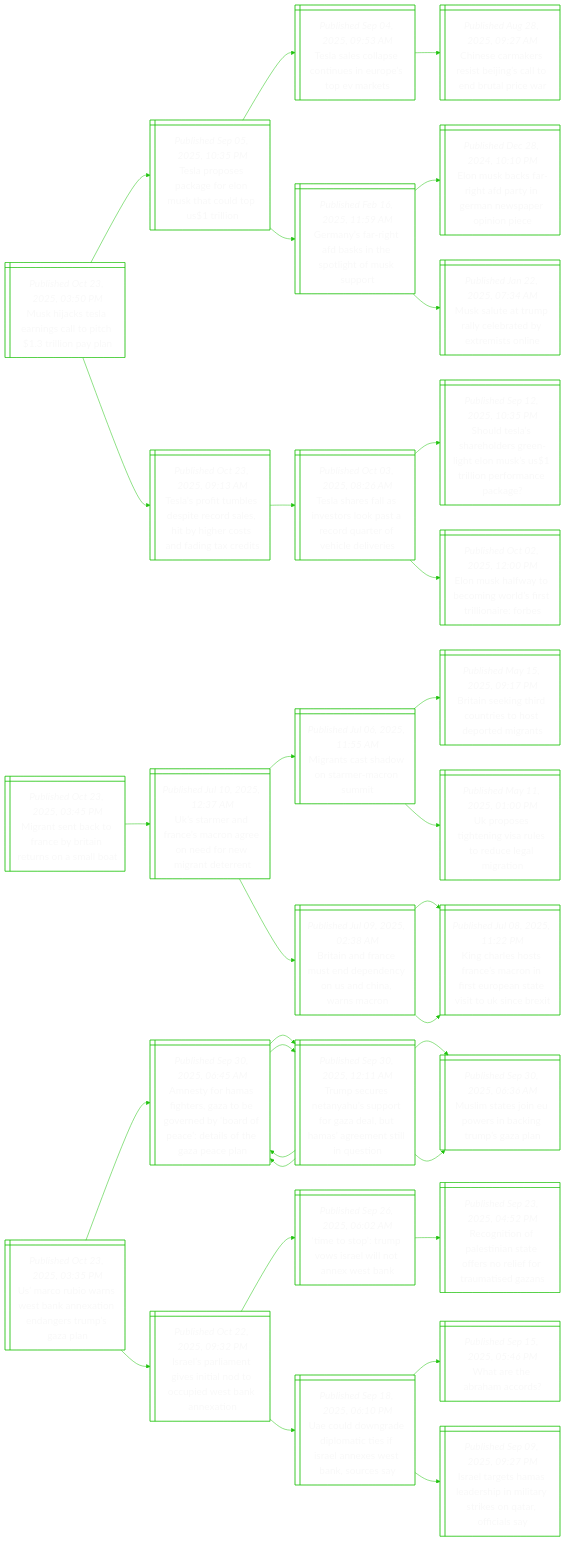
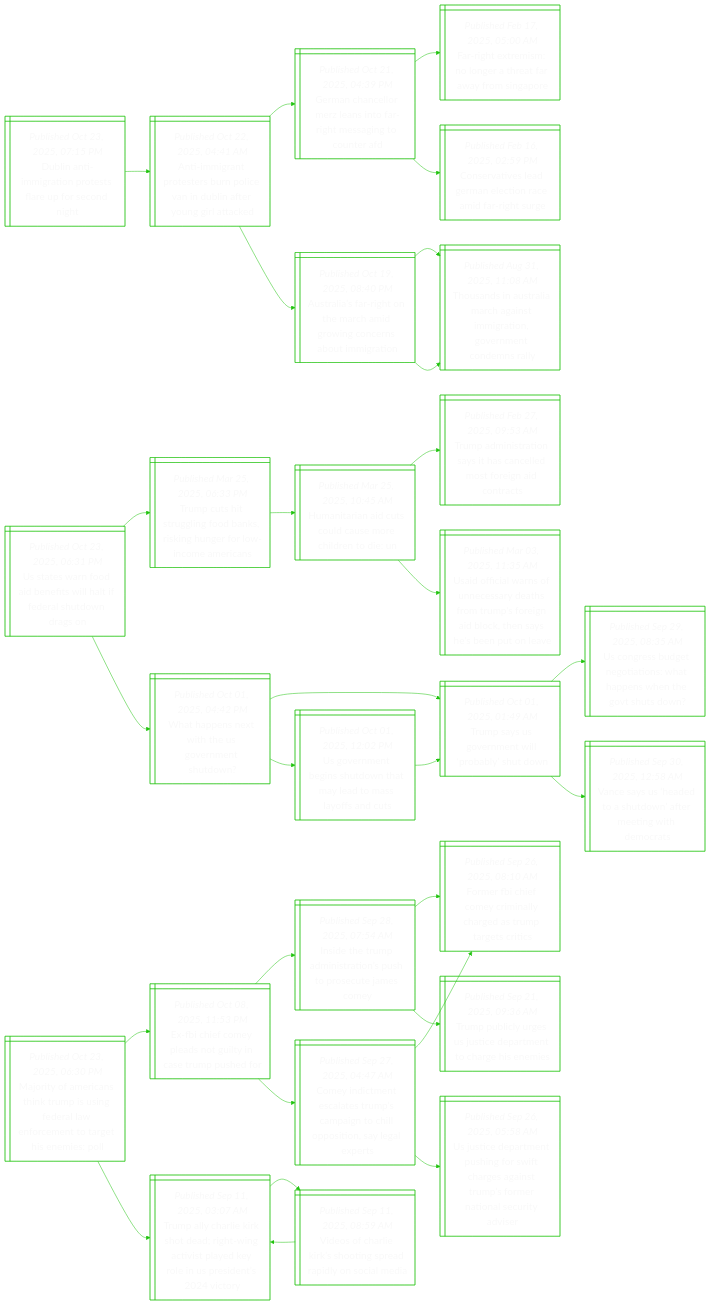
One commit to notJmes/notJmes changed the diagram in README.md. Above: the diagram before and after it, drawn with Mermaid. The commit also changed other lines of this file, not shown here.

````diff
--- a/README.md
+++ b/README.md
@@ -16,106 +16,97 @@
 flowchart LR
 classDef txtsize font-size:20px;
 
-Misaiaptiy@{ shape: win-pane, label: "_Published Oct 23, 2025, 03:50 PM_
-Musk hijacks tesla earnings call to pitch $1.3 trillion pay plan" }
-Tpscfokctti@{ shape: win-pane, label: "_Published Sep 05, 2025, 10:35 PM_
-Tesla proposes package for elon musk that could top us$1 trillion" }
-TscpneusVe@{ shape: win-pane, label: "_Published Sep 04, 2025, 09:53 AM_
-Tesla sales collapse continues in europe’s top ev markets" }
-Csmssjcorpw@{ shape: win-pane, label: "_Published Aug 28, 2025, 09:27 AM_
-Chinese carmakers resist beijing’s call to end brutal price war" }
-GnrtanpgMut@{ shape: win-pane, label: "_Published Feb 16, 2025, 11:59 AM_
-Germany’s far-right afd basks in the spotlight of musk support" }
-Eucrtanasrie@{ shape: win-pane, label: "_Published Dec 28, 2024, 10:10 PM_
-Elon musk backs far-right afd party in german newspaper opinion piece" }
-Maamleexin@{ shape: win-pane, label: "_Published Jan 22, 2025, 07:34 AM_
-Musk salute at trump rally celebrated by extremists online" }
-Tsibeerebhsdnct@{ shape: win-pane, label: "_Published Oct 23, 2025, 09:13 AM_
-Tesla’s profit tumbles despite record sales, hit by higher costs and fading tax credits" }
-Tssaesprdtvlie@{ shape: win-pane, label: "_Published Oct 03, 2025, 08:26 AM_
-Tesla shares fall as investors look past a record quarter of vehicle deliveries" }
-Sdardrilstiraae@{ shape: win-pane, label: "_Published Sep 12, 2025, 10:35 PM_
-Should tesla’s shareholders green-light elon musk’s us$1 trillion performance package?" }
-Eultowstlir@{ shape: win-pane, label: "_Published Oct 02, 2025, 12:00 PM_
-Elon musk halfway to becoming world’s first trillionaire: forbes" }
+Dnirnelpen@{ shape: win-pane, label: "_Published Oct 23, 2025, 07:15 PM_
+Dublin anti-immigration protests flare up for second night" }
+Amaoerinbfoitd@{ shape: win-pane, label: "_Published Oct 22, 2025, 04:41 AM_
+Anti-immigrant protesters burn police van in dublin after young girl attacked" }
+GncrliahsguA@{ shape: win-pane, label: "_Published Oct 21, 2025, 04:39 PM_
+German chancellor merz leans into far-right messaging to counter afd" }
+Fgtsoaaarnr@{ shape: win-pane, label: "_Published Feb 17, 2025, 05:00 AM_
+Far-right extremism: no longer a threat far away from singapore" }
+Crvamenaahg@{ shape: win-pane, label: "_Published Feb 16, 2025, 02:59 PM_
+Conservatives lead german election race amid far-right surge" }
+Aafgtriwonuii@{ shape: win-pane, label: "_Published Oct 19, 2025, 08:40 PM_
+Australia’s far-right on the march amid growing concerns about immigration" }
+Tanrmasiivensy@{ shape: win-pane, label: "_Published Aug 31, 2025, 11:08 AM_
+Thousands in australia march against immigration, government condemns rally" }
+Tanrmasiivensy@{ shape: win-pane, label: "_Published Aug 31, 2025, 11:08 AM_
+Thousands in australia march against immigration, government condemns rally" }
 
-Misaiaptiy:::txtsize --> Tpscfokctti:::txtsize
-Tpscfokctti:::txtsize --> TscpneusVe:::txtsize
-TscpneusVe:::txtsize --> Csmssjcorpw:::txtsize
-Tpscfokctti:::txtsize --> GnrtanpgMut:::txtsize
-GnrtanpgMut:::txtsize --> Eucrtanasrie:::txtsize
-GnrtanpgMut:::txtsize --> Maamleexin:::txtsize
-Misaiaptiy:::txtsize --> Tsibeerebhsdnct:::txtsize
-Tsibeerebhsdnct:::txtsize --> Tssaesprdtvlie:::txtsize
-Tssaesprdtvlie:::txtsize --> Sdardrilstiraae:::txtsize
-Tssaesprdtvlie:::txtsize --> Eultowstlir:::txtsize
+Dnirnelpen:::txtsize --> Amaoerinbfoitd:::txtsize
+Amaoerinbfoitd:::txtsize --> GncrliahsguA:::txtsize
+GncrliahsguA:::txtsize --> Fgtsoaaarnr:::txtsize
+GncrliahsguA:::txtsize --> Crvamenaahg:::txtsize
+Amaoerinbfoitd:::txtsize --> Aafgtriwonuii:::txtsize
+Aafgtriwonuii:::txtsize --> Tanrmasiivensy:::txtsize
+Aafgtriwonuii:::txtsize --> Tanrmasiivensy:::txtsize
 
-MnttnBiunlt@{ shape: win-pane, label: "_Published Oct 23, 2025, 03:45 PM_
-Migrant sent back to france by britain returns on a small boat" }
-UaaaMneengdr@{ shape: win-pane, label: "_Published Jul 10, 2025, 12:37 AM_
-Uk’s starmer and france’s macron agree on need for new migrant deterrent" }
-MnsdSerm@{ shape: win-pane, label: "_Published Jul 06, 2025, 11:55 AM_
-Migrants cast shadow on starmer-macron summit" }
-Bikhoiheer@{ shape: win-pane, label: "_Published May 15, 2025, 09:17 PM_
-Britain seeking third countries to host deported migrants" }
-Uptevuocarn@{ shape: win-pane, label: "_Published May 11, 2025, 01:00 PM_
-Uk proposes tightening visa rules to reduce legal migration" }
-BiFeepnUCwMn@{ shape: win-pane, label: "_Published Jul 09, 2025, 02:38 AM_
-Britain and france must end dependency on us and china, warns macron" }
-Khssccntptione@{ shape: win-pane, label: "_Published Jul 08, 2025, 11:22 PM_
-King charles hosts france’s macron in first european state visit to uk since brexit" }
-Khssccntptione@{ shape: win-pane, label: "_Published Jul 08, 2025, 11:22 PM_
-King charles hosts france’s macron in first european state visit to uk since brexit" }
+Utrdetliehwg@{ shape: win-pane, label: "_Published Oct 23, 2025, 06:31 PM_
+Us states warn food aid benefits will halt if federal shutdown drags on" }
+Tciundsinoiei@{ shape: win-pane, label: "_Published Mar 25, 2025, 06:33 PM_
+Trump cuts hit struggling food banks, risking hunger for low-income americans" }
+Hiacoaoine@{ shape: win-pane, label: "_Published Mar 25, 2025, 10:45 AM_
+Humanitarian aid cuts could cause more children to die: un" }
+Taitahnetidr@{ shape: win-pane, label: "_Published Feb 27, 2025, 09:53 AM_
+Trump administration says it has cancelled most foreign aid contracts" }
+Uoirueyhmpeicnheov@{ shape: win-pane, label: "_Published Mar 03, 2025, 11:35 AM_
+Usaid official warns of unnecessary deaths from trump's foreign aid block, then says he's been put on leave" }
+Waswhomhw@{ shape: win-pane, label: "_Published Oct 01, 2025, 04:42 PM_
+What happens next with the us government shutdown?" }
+TsSrtpbun@{ shape: win-pane, label: "_Published Oct 01, 2025, 01:49 AM_
+Trump says us government will ‘probably’ shut down" }
+Ugbttoaphesd@{ shape: win-pane, label: "_Published Sep 29, 2025, 08:35 AM_
+Us congress budget negotiations: what happens when the govt shuts down?" }
+VsSesotewea@{ shape: win-pane, label: "_Published Sep 30, 2025, 12:58 AM_
+Vance says us ‘headed to a shutdown’ after meeting with democrats" }
+Ueniunmaayat@{ shape: win-pane, label: "_Published Oct 01, 2025, 12:02 PM_
+Us government begins shutdown that may lead to mass layoffs and cuts" }
+TsSrtpbun@{ shape: win-pane, label: "_Published Oct 01, 2025, 01:49 AM_
+Trump says us government will ‘probably’ shut down" }
 
-MnttnBiunlt:::txtsize --> UaaaMneengdr:::txtsize
-UaaaMneengdr:::txtsize --> MnsdSerm:::txtsize
-MnsdSerm:::txtsize --> Bikhoiheer:::txtsize
-MnsdSerm:::txtsize --> Uptevuocarn:::txtsize
-UaaaMneengdr:::txtsize --> BiFeepnUCwMn:::txtsize
-BiFeepnUCwMn:::txtsize --> Khssccntptione:::txtsize
-BiFeepnUCwMn:::txtsize --> Khssccntptione:::txtsize
+Utrdetliehwg:::txtsize --> Tciundsinoiei:::txtsize
+Tciundsinoiei:::txtsize --> Hiacoaoine:::txtsize
+Hiacoaoine:::txtsize --> Taitahnetidr:::txtsize
+Hiacoaoine:::txtsize --> Uoirueyhmpeicnheov:::txtsize
+Utrdetliehwg:::txtsize --> Waswhomhw:::txtsize
+Waswhomhw:::txtsize --> TsSrtpbun:::txtsize
+TsSrtpbun:::txtsize --> Ugbttoaphesd:::txtsize
+TsSrtpbun:::txtsize --> VsSesotewea:::txtsize
+Waswhomhw:::txtsize --> Ueniunmaayat:::txtsize
+Ueniunmaayat:::txtsize --> TsSrtpbun:::txtsize
 
-UcintaaegrGl@{ shape: win-pane, label: "_Published Oct 23, 2025, 03:35 PM_
-Us’ marco rubio warns west bank annexation endangers trump’s gaza plan" }
-AtHfezerydatoGel@{ shape: win-pane, label: "_Published Sep 30, 2025, 06:45 AM_
-Amnesty for hamas fighters, gaza to be governed by ‘board of peace’: details of the gaza peace plan" }
-Tseaupoabmrnluo@{ shape: win-pane, label: "_Published Sep 30, 2025, 12:11 AM_
-Trump secures netanyahu’s support for gaza deal, but hamas’ agreement still in question" }
-AtHfezerydatoGel@{ shape: win-pane, label: "_Published Sep 30, 2025, 06:45 AM_
-Amnesty for hamas fighters, gaza to be governed by ‘board of peace’: details of the gaza peace plan" }
-Mmenwniuaa@{ shape: win-pane, label: "_Published Sep 30, 2025, 06:36 AM_
-Muslim states join eu powers in backing trump’s gaza plan" }
-Tseaupoabmrnluo@{ shape: win-pane, label: "_Published Sep 30, 2025, 12:11 AM_
-Trump secures netanyahu’s support for gaza deal, but hamas’ agreement still in question" }
-AtHfezerydatoGel@{ shape: win-pane, label: "_Published Sep 30, 2025, 06:45 AM_
-Amnesty for hamas fighters, gaza to be governed by ‘board of peace’: details of the gaza peace plan" }
-Mmenwniuaa@{ shape: win-pane, label: "_Published Sep 30, 2025, 06:36 AM_
-Muslim states join eu powers in backing trump’s gaza plan" }
-Illnetocetaa@{ shape: win-pane, label: "_Published Oct 22, 2025, 09:32 PM_
-Israel’s parliament gives initial nod to occupied west bank annexation" }
-ToTvswoet@{ shape: win-pane, label: "_Published Sep 26, 2025, 06:02 AM_
-‘time to stop’: trump vows israel will not annex west bank" }
-Rnnlntfnirmea@{ shape: win-pane, label: "_Published Sep 23, 2025, 04:52 PM_
-Recognition of palestinian state offers no relief for traumatised gazans" }
-UuwdlisrnsBos@{ shape: win-pane, label: "_Published Sep 18, 2025, 06:10 PM_
-Uae could downgrade diplomatic ties if israel annexes west bank, sources say" }
-WrAao@{ shape: win-pane, label: "_Published Sep 15, 2025, 05:46 PM_
-What are the abraham accords?" }
-Ilemahmaroais@{ shape: win-pane, label: "_Published Sep 09, 2025, 09:27 PM_
-Israel targets hamas leadership in military strikes on qatar, officials say" }
+MiAchrsgrwrnaheP@{ shape: win-pane, label: "_Published Oct 23, 2025, 06:30 PM_
+Majority of americans think trump is using federal law enforcement to target his enemies: poll" }
+EcCpsuiepe@{ shape: win-pane, label: "_Published Oct 08, 2025, 11:53 PM_
+Ex-fbi chief comey pleads not guilty in case trump pushed for" }
+Ierdsiupcao@{ shape: win-pane, label: "_Published Sep 28, 2025, 07:54 AM_
+Inside the trump administration’s push to prosecute james comey" }
+Frhorahdurcc@{ shape: win-pane, label: "_Published Sep 26, 2025, 08:10 AM_
+Former fbi chief comey criminally charged as trump targets critics" }
+TpcgJcanhhe@{ shape: win-pane, label: "_Published Sep 21, 2025, 09:36 AM_
+Trump publicly urges us justice department to charge his enemies" }
+Citearcicoisgp@{ shape: win-pane, label: "_Published Sep 27, 2025, 04:47 AM_
+Comey indictment escalates trump’s campaign to chill opposition, say legal experts" }
+Frhorahdurcc@{ shape: win-pane, label: "_Published Sep 26, 2025, 08:10 AM_
+Former fbi chief comey criminally charged as trump targets critics" }
+Utemugwhsnuonncys@{ shape: win-pane, label: "_Published Sep 26, 2025, 05:58 AM_
+Us justice department pushing for swift charges against trump’s former national security adviser" }
+TahesegnipdoUstt@{ shape: win-pane, label: "_Published Sep 11, 2025, 03:07 AM_
+Trump ally charlie kirk shot dead; right-wing activist played key role in us president’s 2024 victory" }
+VsaKsirayce@{ shape: win-pane, label: "_Published Sep 11, 2025, 08:59 AM_
+Videos of charlie kirk’s shooting spread rapidly on social media" }
+TahesegnipdoUstt@{ shape: win-pane, label: "_Published Sep 11, 2025, 03:07 AM_
+Trump ally charlie kirk shot dead; right-wing activist played key role in us president’s 2024 victory" }
 
-UcintaaegrGl:::txtsize --> AtHfezerydatoGel:::txtsize
-AtHfezerydatoGel:::txtsize --> Tseaupoabmrnluo:::txtsize
-Tseaupoabmrnluo:::txtsize --> AtHfezerydatoGel:::txtsize
-Tseaupoabmrnluo:::txtsize --> Mmenwniuaa:::txtsize
-AtHfezerydatoGel:::txtsize --> Tseaupoabmrnluo:::txtsize
-Tseaupoabmrnluo:::txtsize --> AtHfezerydatoGel:::txtsize
-Tseaupoabmrnluo:::txtsize --> Mmenwniuaa:::txtsize
-UcintaaegrGl:::txtsize --> Illnetocetaa:::txtsize
-Illnetocetaa:::txtsize --> ToTvswoet:::txtsize
-ToTvswoet:::txtsize --> Rnnlntfnirmea:::txtsize
-Illnetocetaa:::txtsize --> UuwdlisrnsBos:::txtsize
-UuwdlisrnsBos:::txtsize --> WrAao:::txtsize
-UuwdlisrnsBos:::txtsize --> Ilemahmaroais:::txtsize
+MiAchrsgrwrnaheP:::txtsize --> EcCpsuiepe:::txtsize
+EcCpsuiepe:::txtsize --> Ierdsiupcao:::txtsize
+Ierdsiupcao:::txtsize --> Frhorahdurcc:::txtsize
+Ierdsiupcao:::txtsize --> TpcgJcanhhe:::txtsize
+EcCpsuiepe:::txtsize --> Citearcicoisgp:::txtsize
+Citearcicoisgp:::txtsize --> Frhorahdurcc:::txtsize
+Citearcicoisgp:::txtsize --> Utemugwhsnuonncys:::txtsize
+MiAchrsgrwrnaheP:::txtsize --> TahesegnipdoUstt:::txtsize
+TahesegnipdoUstt:::txtsize --> VsaKsirayce:::txtsize
+VsaKsirayce:::txtsize --> TahesegnipdoUstt:::txtsize
 
 ```
````
